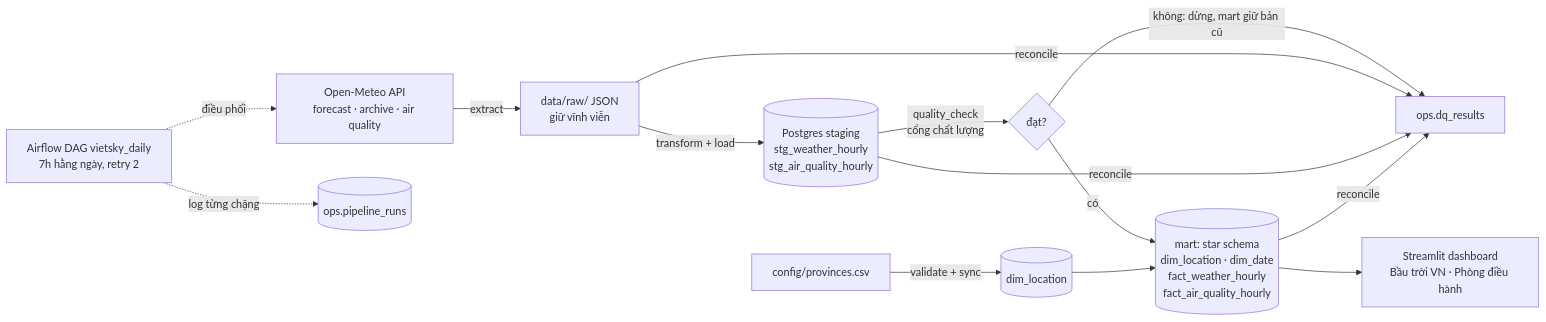
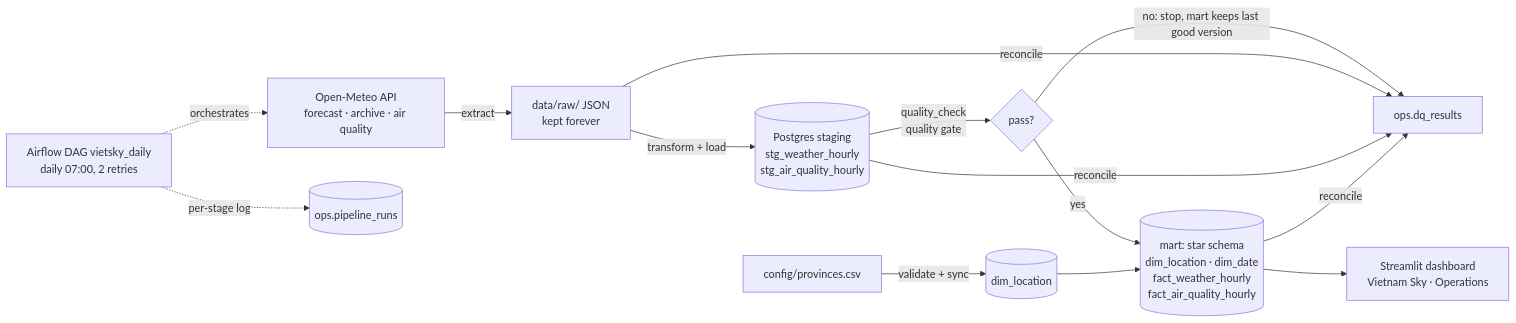
One commit to DucThuanTran/vietsky changed the diagram in README.md. Above: the diagram before and after it, drawn with Mermaid. The commit also changed other lines of this file and 30 other files, not shown here.

````diff
--- a/README.md
+++ b/README.md
@@ -10,14 +10,14 @@
 ```mermaid
 flowchart LR
-    A[Open-Meteo API<br/>forecast · archive · air quality] -->|extract| B[data/raw/ JSON<br/>giữ vĩnh viễn]
+    A[Open-Meteo API<br/>forecast · archive · air quality] -->|extract| B[data/raw/ JSON<br/>kept forever]
     B -->|transform + load| C[(Postgres staging<br/>stg_weather_hourly<br/>stg_air_quality_hourly)]
     D[config/provinces.csv] -->|validate + sync| E[(dim_location)]
-    C -->|quality_check<br/>cổng chất lượng| G{đạt?}
-    G -->|có| M[(mart: star schema<br/>dim_location · dim_date<br/>fact_weather_hourly<br/>fact_air_quality_hourly)]
-    G -->|không: dừng, mart giữ bản cũ| X[ops.dq_results]
+    C -->|quality_check<br/>quality gate| G{pass?}
+    G -->|yes| M[(mart: star schema<br/>dim_location · dim_date<br/>fact_weather_hourly<br/>fact_air_quality_hourly)]
+    G -->|no: stop, mart keeps last good version| X[ops.dq_results]
     E --> M
     B & C & M -->|reconcile| X
-    M --> S[Streamlit dashboard<br/>Bầu trời VN · Phòng điều hành]
-    AF[Airflow DAG vietsky_daily<br/>7h hằng ngày, retry 2] -.điều phối.-> A
-    AF -.log từng chặng.-> H[(ops.pipeline_runs)]
+    M --> S[Streamlit dashboard<br/>Vietnam Sky · Operations]
+    AF[Airflow DAG vietsky_daily<br/>daily 07:00, 2 retries] -.orchestrates.-> A
+    AF -.per-stage log.-> H[(ops.pipeline_runs)]
 ```
````
